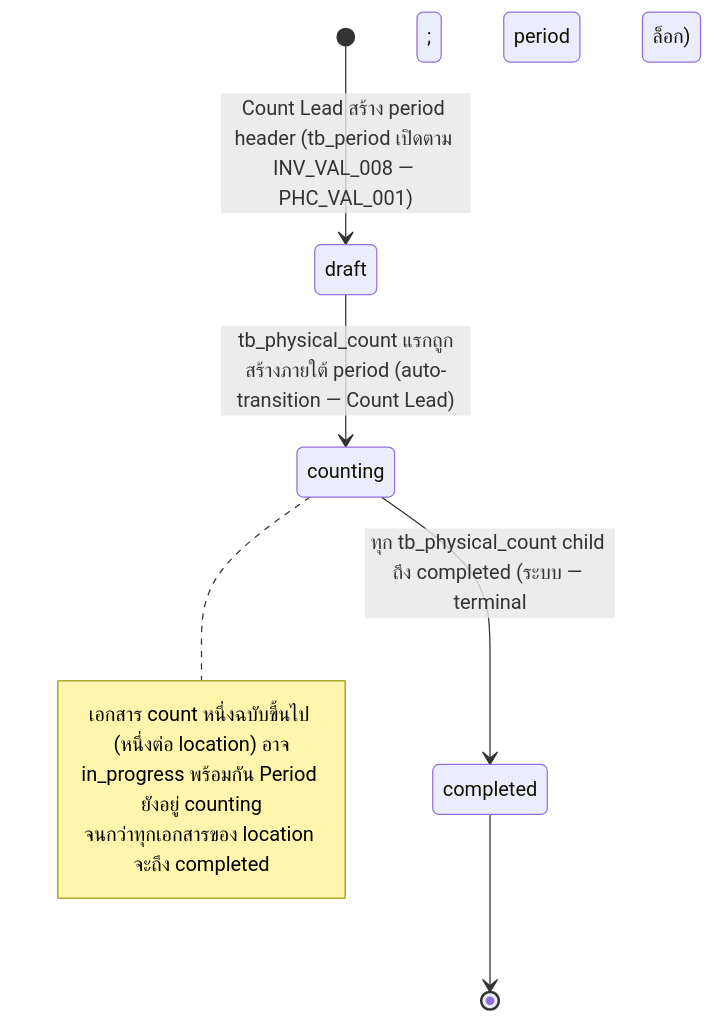
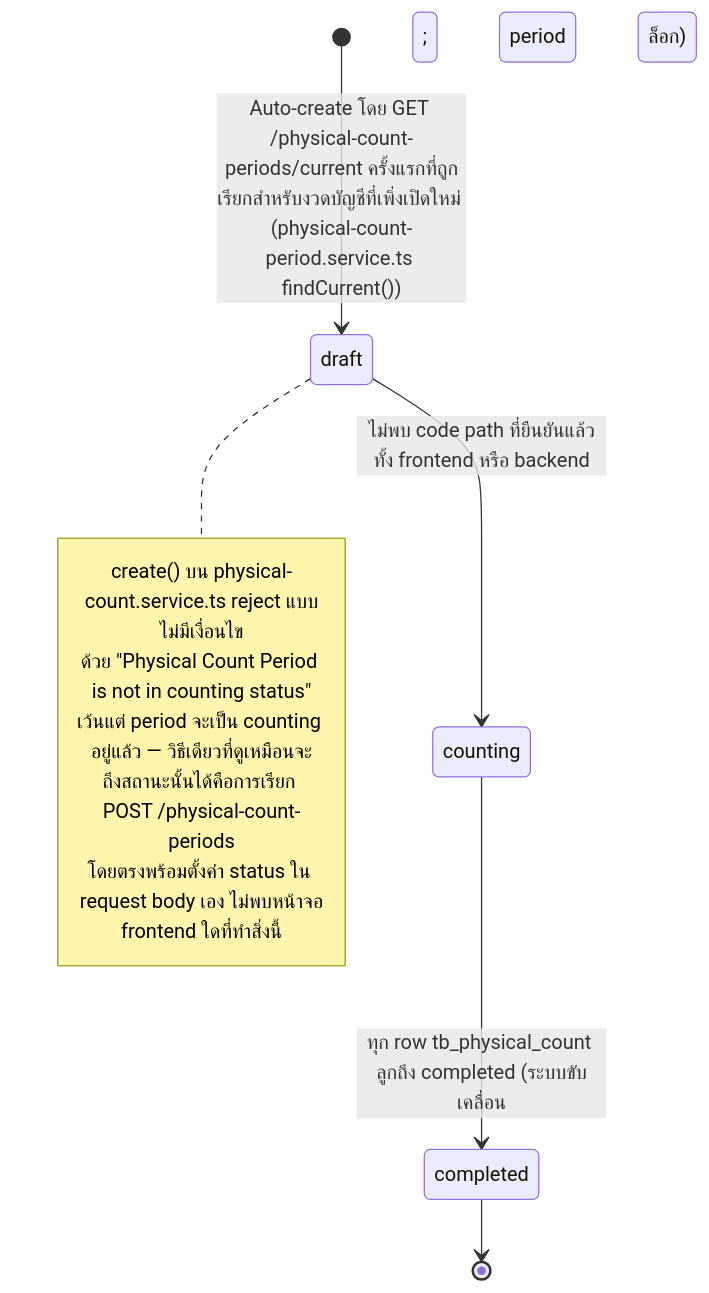
The first of 2 diagrams in th/inventory/physical-count/03-user-flow.md (CarmenSoftware-organization/carmen-wiki), drawn with Mermaid before and after one commit. The commit also changed other lines of this file and 22 other files, not shown here.

First line of the commit message:
docs(resync): physical-count snapshot — near-total rewrite; module documented a fabricated three-tier persona model, real flow is a single-permission list→entry→review→submit journey whose rollup never reaches the inventory ledger

````diff
--- a/th/inventory/physical-count/03-user-flow.md
+++ b/th/inventory/physical-count/03-user-flow.md
@@ -30,13 +28,16 @@
 ```mermaid
 stateDiagram-v2
-    [*] --> draft : Count Lead สร้าง period header (tb_period เปิดตาม INV_VAL_008 — PHC_VAL_001)
-    draft --> counting : tb_physical_count แรกถูกสร้างภายใต้ period (auto-transition — Count Lead)
-    counting --> completed : ทุก tb_physical_count child ถึง completed (ระบบ — terminal; period ล็อก)
+    [*] --> draft : Auto-create โดย GET /physical-count-periods/current ครั้งแรกที่ถูกเรียกสำหรับงวดบัญชีที่เพิ่งเปิดใหม่ (physical-count-period.service.ts findCurrent())
+    draft --> counting : ไม่พบ code path ที่ยืนยันแล้วทั้ง frontend หรือ backend
+    counting --> completed : ทุก row tb_physical_count ลูกถึง completed (ระบบขับเคลื่อน; period ล็อก)
     completed --> [*]
 
-    note right of counting
-        เอกสาร count หนึ่งฉบับขึ้นไป (หนึ่งต่อ location) อาจ
-        in_progress พร้อมกัน Period ยังอยู่ counting
-        จนกว่าทุกเอกสารของ location จะถึง completed
+    note right of draft
+        create() บน physical-count.service.ts reject แบบไม่มีเงื่อนไข
+        ด้วย "Physical Count Period is not in counting status"
+        เว้นแต่ period จะเป็น counting อยู่แล้ว — วิธีเดียวที่ดูเหมือนจะ
+        ถึงสถานะนั้นได้คือการเรียก POST /physical-count-periods
+        โดยตรงพร้อมตั้งค่า status ใน request body เอง ไม่พบหน้าจอ
+        frontend ใดที่ทำสิ่งนี้
     end note
 ```
````
